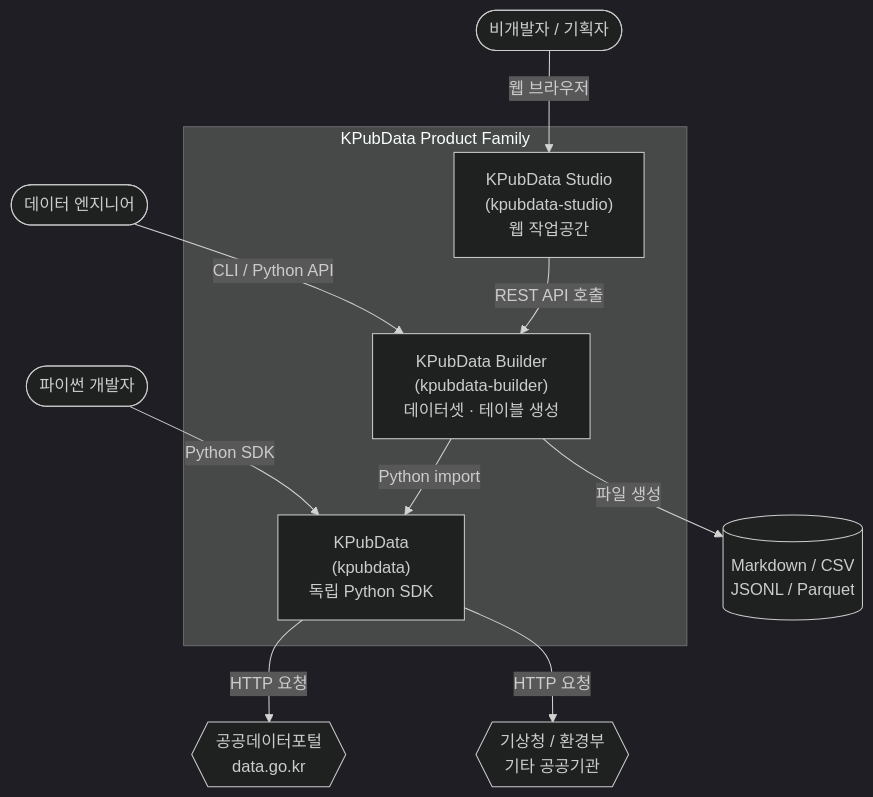
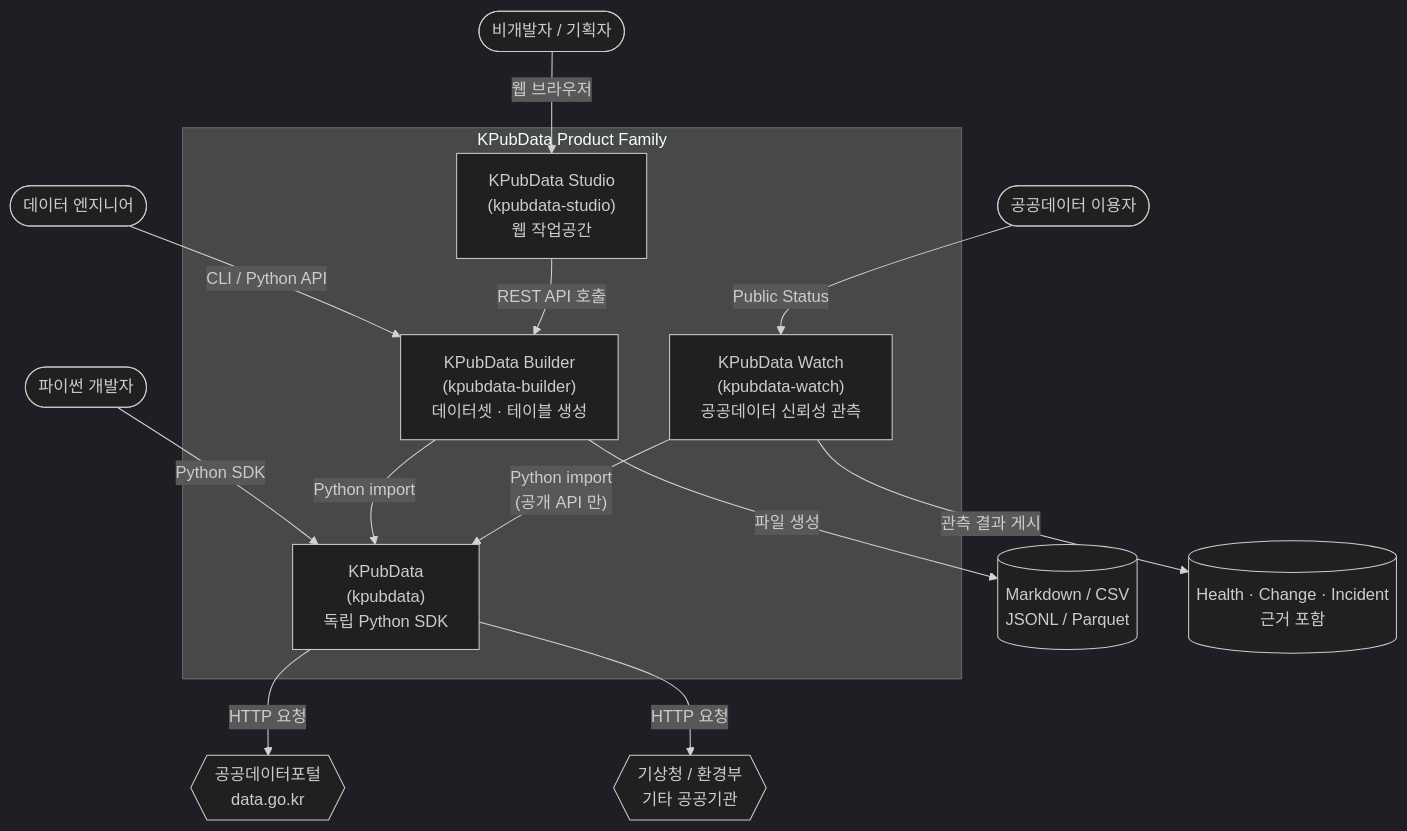
Before and after one commit to kpubdata-lab/kpubdata: the first of 4 diagrams in docs/product-family-architecture.md, drawn with Mermaid (dark theme). The commit also changed other lines of this file and 5 other files, not shown here.

First line of the commit message:
docs: add KPubData Watch to the product family documents (#706)

````diff
--- a/docs/product-family-architecture.md
+++ b/docs/product-family-architecture.md
@@ -47,19 +56,23 @@
 ```mermaid
 graph TD
     U1([비개발자 / 기획자]) -->|웹 브라우저| Studio
     U2([데이터 엔지니어]) -->|CLI / Python API| Builder
     U3([파이썬 개발자]) -->|Python SDK| KPubData
+    U4([공공데이터 이용자]) -->|Public Status| Watch
 
     subgraph "KPubData Product Family"
         Studio["KPubData Studio<br/>(kpubdata-studio)<br/>웹 작업공간"]
         Builder["KPubData Builder<br/>(kpubdata-builder)<br/>데이터셋 · 테이블 생성"]
         KPubData["KPubData<br/>(kpubdata)<br/>독립 Python SDK"]
+        Watch["KPubData Watch<br/>(kpubdata-watch)<br/>공공데이터 신뢰성 관측"]
     end
 
     Studio -->|"REST API 호출"| Builder
     Builder -->|"Python import"| KPubData
+    Watch -->|"Python import<br/>(공개 API 만)"| KPubData
     KPubData -->|"HTTP 요청"| API1{{공공데이터포털<br/>data.go.kr}}
     KPubData -->|"HTTP 요청"| API2{{기상청 / 환경부<br/>기타 공공기관}}
 
     Builder -->|"파일 생성"| Output[(Markdown / CSV<br/>JSONL / Parquet)]
+    Watch -->|"관측 결과 게시"| Status[(Health · Change · Incident<br/>근거 포함)]
 ```
````
